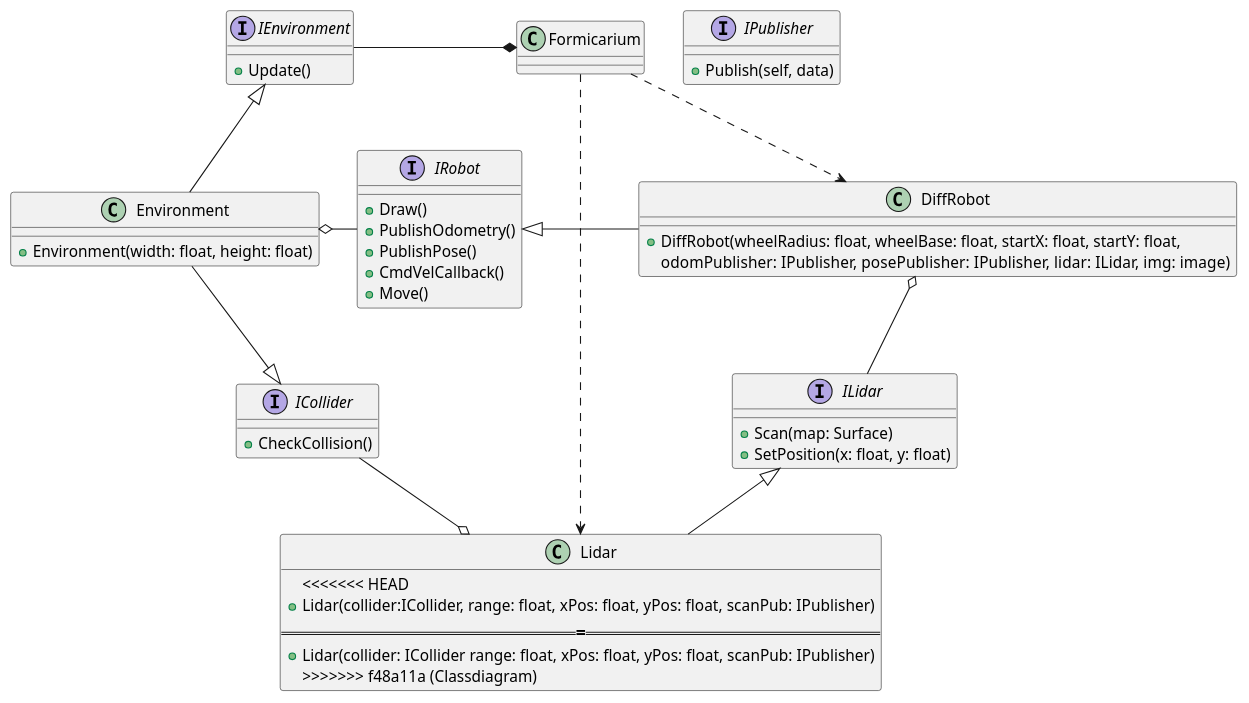
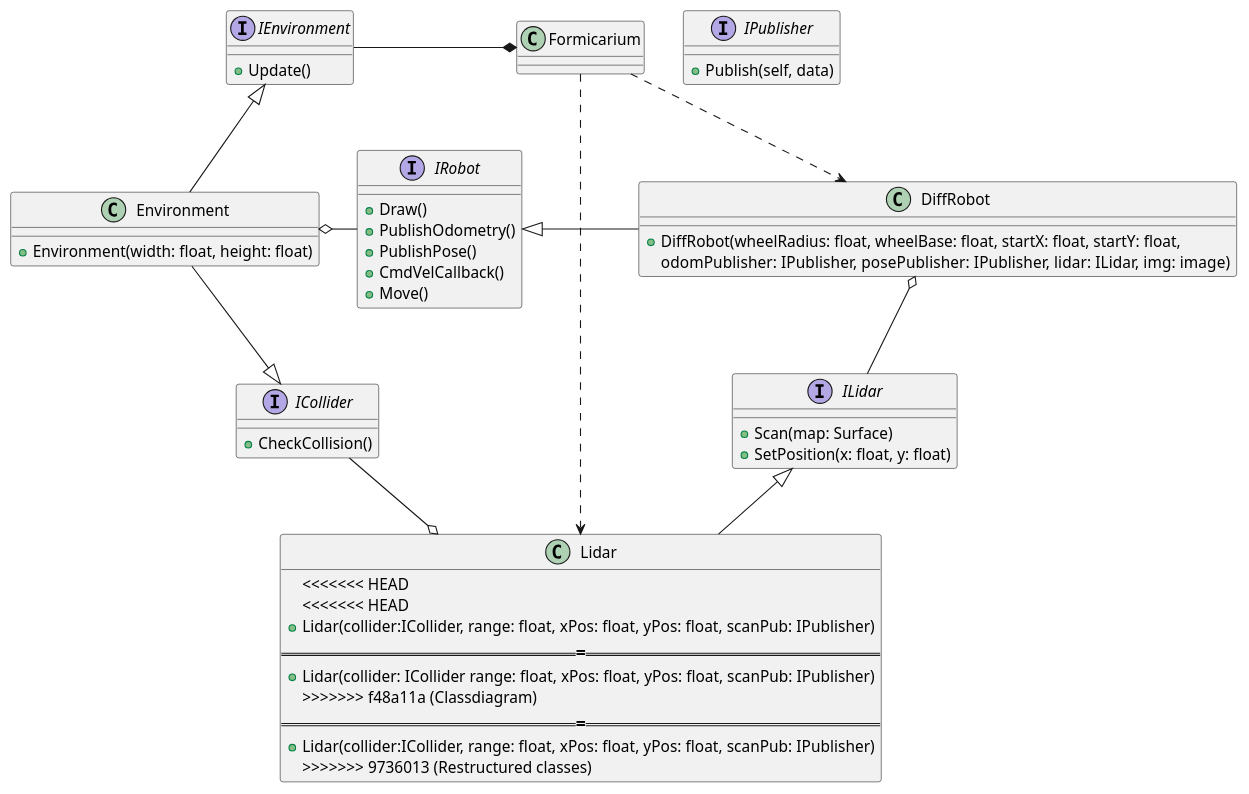
One commit to TeamSolenopsis/Formicarium changed the diagram in design/Classdiagram.puml. Above: the diagram before and after it, drawn with PlantUML. The commit also changed 1 other file, not shown here.

Commit message:
Restructured classes

```diff
--- a/design/Classdiagram.puml
+++ b/design/Classdiagram.puml
@@ -1,64 +1,68 @@
 @startuml
 
 class Formicarium{
 
 }
 
 interface IEnvironment{
     +Update()
 }
 
 interface ICollider{
     +CheckCollision()
 }
 
 class Environment{
     +Environment(width: float, height: float)
 }
 
 interface IPublisher{
     +Publish(self, data)
 }
 
 interface IRobot{
     +Draw()
     +PublishOdometry()
     +PublishPose()
     +CmdVelCallback()
     +Move()
 }
 
 class DiffRobot{
     +DiffRobot(wheelRadius: float, wheelBase: float, startX: float, startY: float,
                  odomPublisher: IPublisher, posePublisher: IPublisher, lidar: ILidar, img: image)
 }
 
 interface ILidar{
     +Scan(map: Surface)
     +SetPosition(x: float, y: float)
 }
 
 class Lidar{
 <<<<<<< HEAD
+<<<<<<< HEAD
     +Lidar(collider:ICollider, range: float, xPos: float, yPos: float, scanPub: IPublisher)
 =======
     +Lidar(collider: ICollider range: float, xPos: float, yPos: float, scanPub: IPublisher)
 >>>>>>> f48a11a (Classdiagram)
+=======
+    +Lidar(collider:ICollider, range: float, xPos: float, yPos: float, scanPub: IPublisher)
+>>>>>>> 9736013 (Restructured classes)
 }
 
 IEnvironment <|-- Environment
 ICollider <|-left- Environment
 Formicarium *-left- IEnvironment
 Environment o-right- IRobot 
 
 Formicarium ..> Lidar
 Formicarium ..> DiffRobot
 
 IRobot <|-right- DiffRobot
 ILidar <|-- Lidar
 DiffRobot o-- ILidar
 Lidar o-left- ICollider
 
 
 
 @enduml
```
